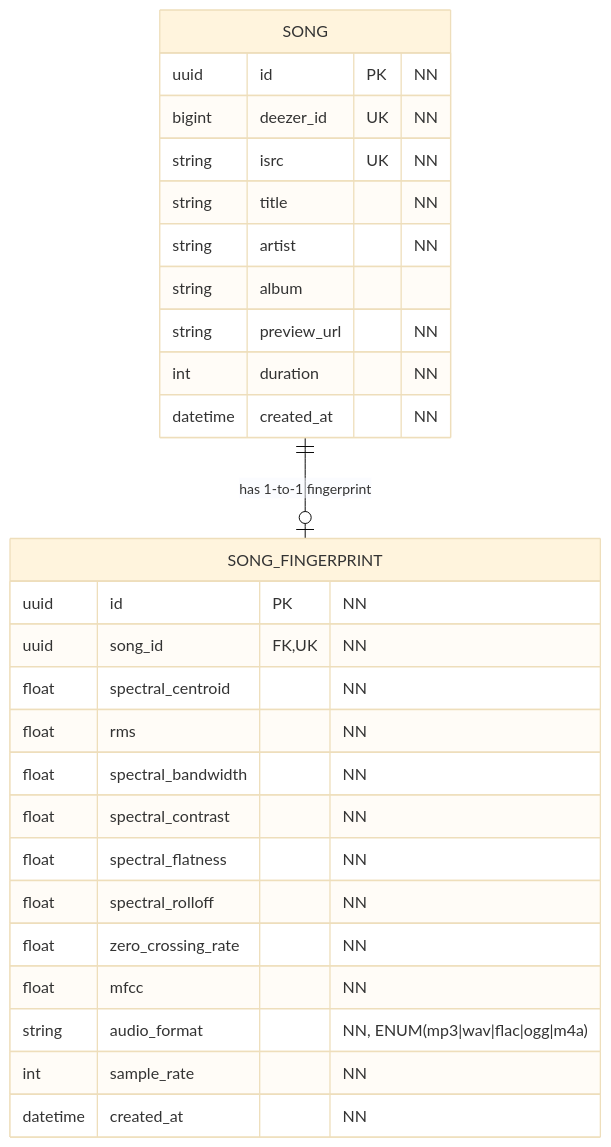
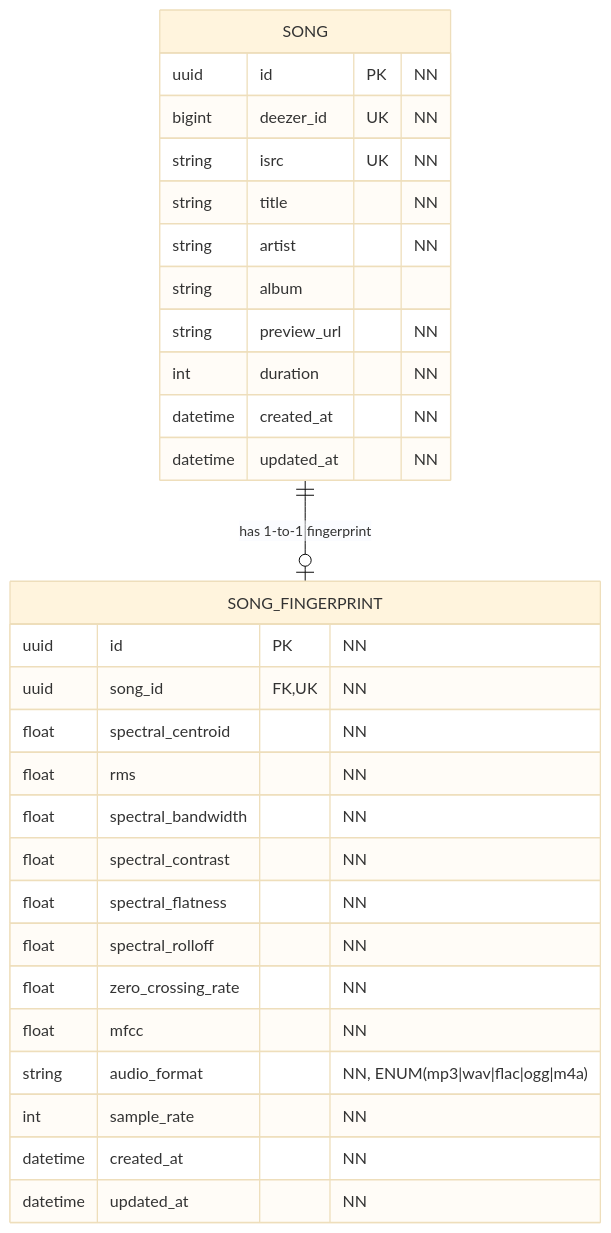
One commit to AhmedAl-Hayali/AgenticGenreGuru changed the first of 2 diagrams in specs/001-song-fingerprint-engine/data-model.md. Above: the diagram before and after it, drawn with Mermaid (base theme). The commit also changed other lines of this file, not shown here.

````diff
--- a/specs/001-song-fingerprint-engine/data-model.md
+++ b/specs/001-song-fingerprint-engine/data-model.md
@@ -51,32 +53,34 @@
 ```mermaid
 erDiagram
     SONG ||--o| SONG_FINGERPRINT : "has 1-to-1 fingerprint"
 
     SONG {
         uuid id PK "NN"
         bigint deezer_id UK "NN"
         string isrc UK "NN"
         string title "NN"
         string artist "NN"
         string album
         string preview_url "NN"
         int duration "NN"
         datetime created_at "NN"
+        datetime updated_at "NN"
     }
 
     SONG_FINGERPRINT {
         uuid id PK "NN"
         uuid song_id FK, UK "NN"
         float spectral_centroid  "NN"
         float rms  "NN"
         float spectral_bandwidth  "NN"
         float spectral_contrast  "NN"
         float spectral_flatness  "NN"
         float spectral_rolloff  "NN"
         float zero_crossing_rate  "NN"
         float mfcc  "NN"
         string audio_format  "NN, ENUM(mp3|wav|flac|ogg|m4a)"
         int sample_rate  "NN"
         datetime created_at  "NN"
+        datetime updated_at  "NN"
     }
 ```
````
